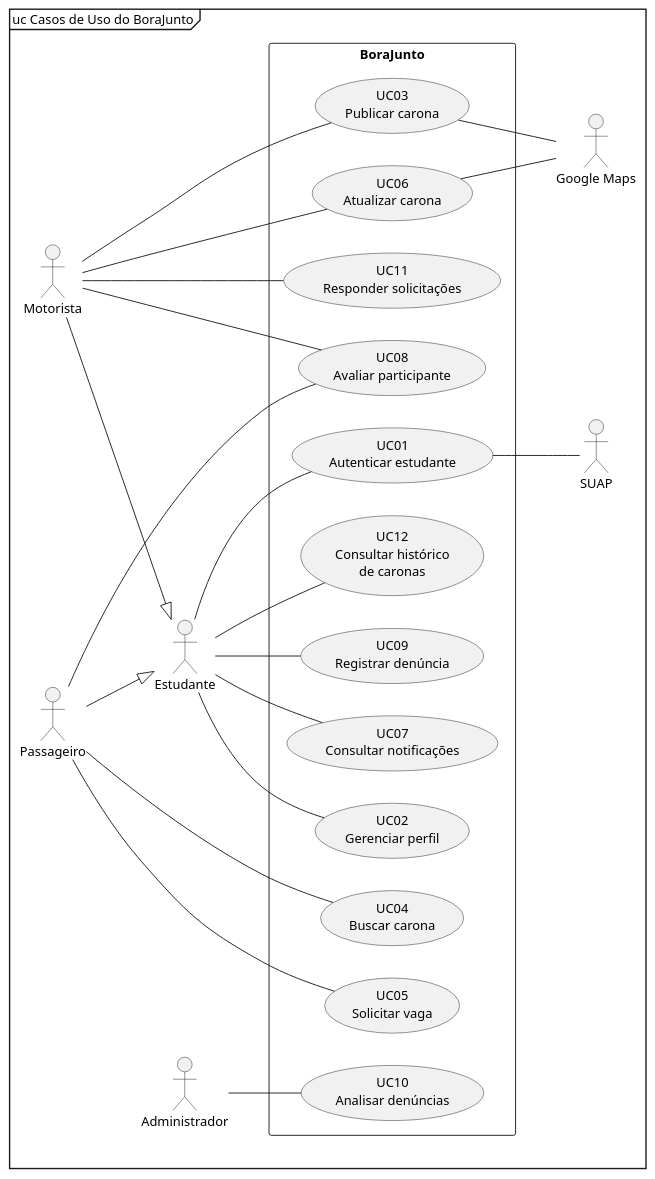
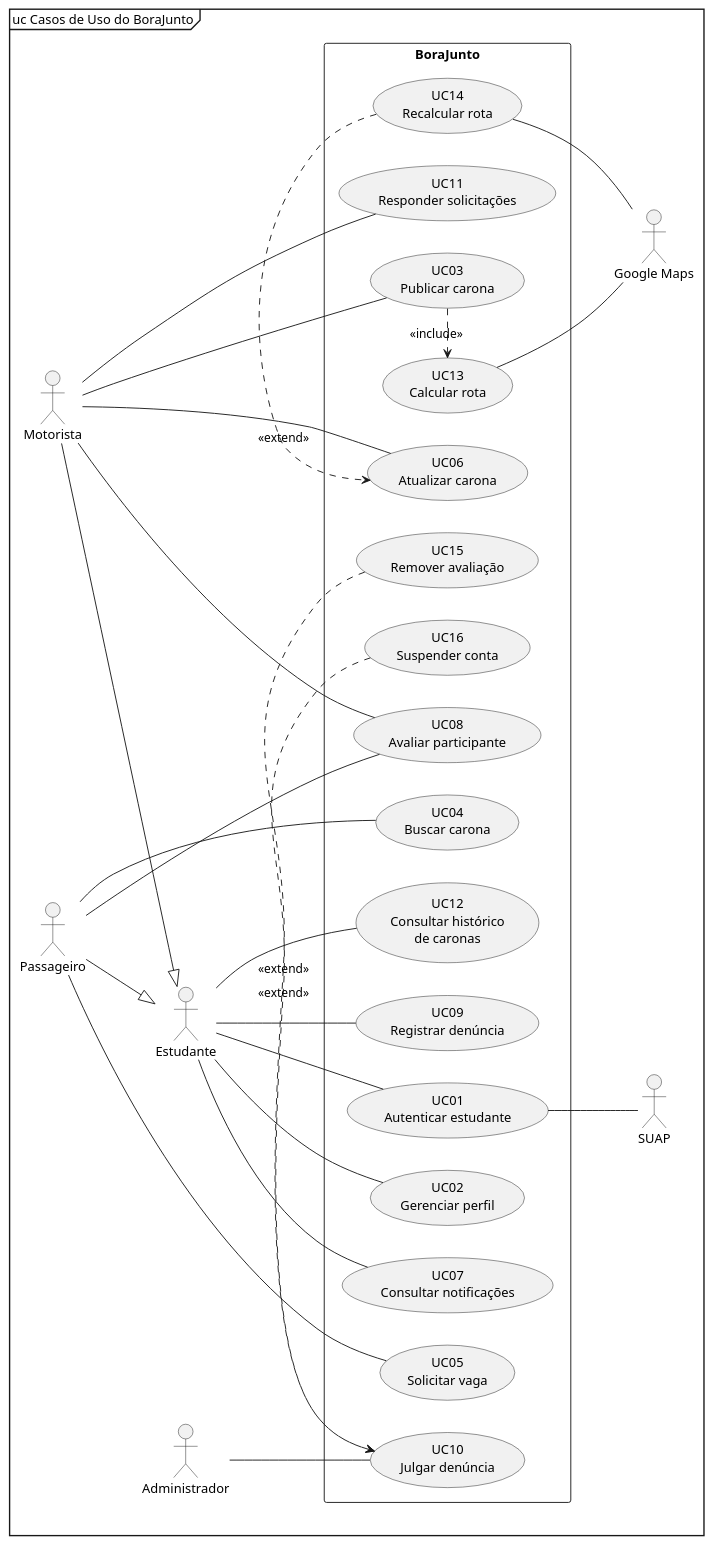
The diagram in docs/diagrama-casos-de-uso.puml (vMatheusCouto/borajunto), drawn with PlantUML before and after one commit. The commit also changed 4 other files, not shown here.

First line of the commit message:
docs: divide a moderação em casos de uso e volta a usar include e extend

```diff
--- a/docs/diagrama-casos-de-uso.puml
+++ b/docs/diagrama-casos-de-uso.puml
@@ -1,53 +1,58 @@
 @startuml
 ' Diagrama de casos de uso do BoraJunto (notação UML 2.5, uml-diagrams.org)
-' Associações sem seta; a única seta é a generalização Motorista/Passageiro -> Estudante.
+' Associações sem seta; setas só na generalização e nas dependências «include»/«extend».
 mainframe uc Casos de Uso do BoraJunto
 left to right direction
 skinparam shadowing false
 
 actor Estudante
 actor Motorista
 actor Passageiro
 actor Administrador
 actor SUAP
 actor "Google Maps" as Maps
 
 Motorista --|> Estudante
 Passageiro --|> Estudante
 
 rectangle BoraJunto {
   usecase "UC01\nAutenticar estudante" as UC01
   usecase "UC02\nGerenciar perfil" as UC02
   usecase "UC07\nConsultar notificações" as UC07
   usecase "UC12\nConsultar histórico\nde caronas" as UC12
   usecase "UC09\nRegistrar denúncia" as UC09
   usecase "UC03\nPublicar carona" as UC03
+  usecase "UC13\nCalcular rota" as UC13
   usecase "UC06\nAtualizar carona" as UC06
+  usecase "UC14\nRecalcular rota" as UC14
   usecase "UC11\nResponder solicitações" as UC11
   usecase "UC08\nAvaliar participante" as UC08
   usecase "UC04\nBuscar carona" as UC04
   usecase "UC05\nSolicitar vaga" as UC05
-  usecase "UC10\nAnalisar denúncias" as UC10
+  usecase "UC10\nJulgar denúncia" as UC10
+  usecase "UC15\nRemover avaliação" as UC15
+  usecase "UC16\nSuspender conta" as UC16
 }
 
 Estudante -- UC01
 Estudante -- UC02
 Estudante -- UC07
 Estudante -- UC12
 Estudante -- UC09
-
 Motorista -- UC03
 Motorista -- UC06
 Motorista -- UC11
 Motorista -- UC08
-
 Passageiro -- UC08
 Passageiro -- UC04
 Passageiro -- UC05
+Administrador -- UC10
+UC01 -- SUAP
+UC13 -- Maps
+UC14 -- Maps
 
-Administrador -- UC10
-
-UC01 -- SUAP
-UC03 -- Maps
-UC06 -- Maps
+UC03 .> UC13 : <<include>>
+UC14 .> UC06 : <<extend>>
+UC15 .> UC10 : <<extend>>
+UC16 .> UC10 : <<extend>>
 @enduml
```
